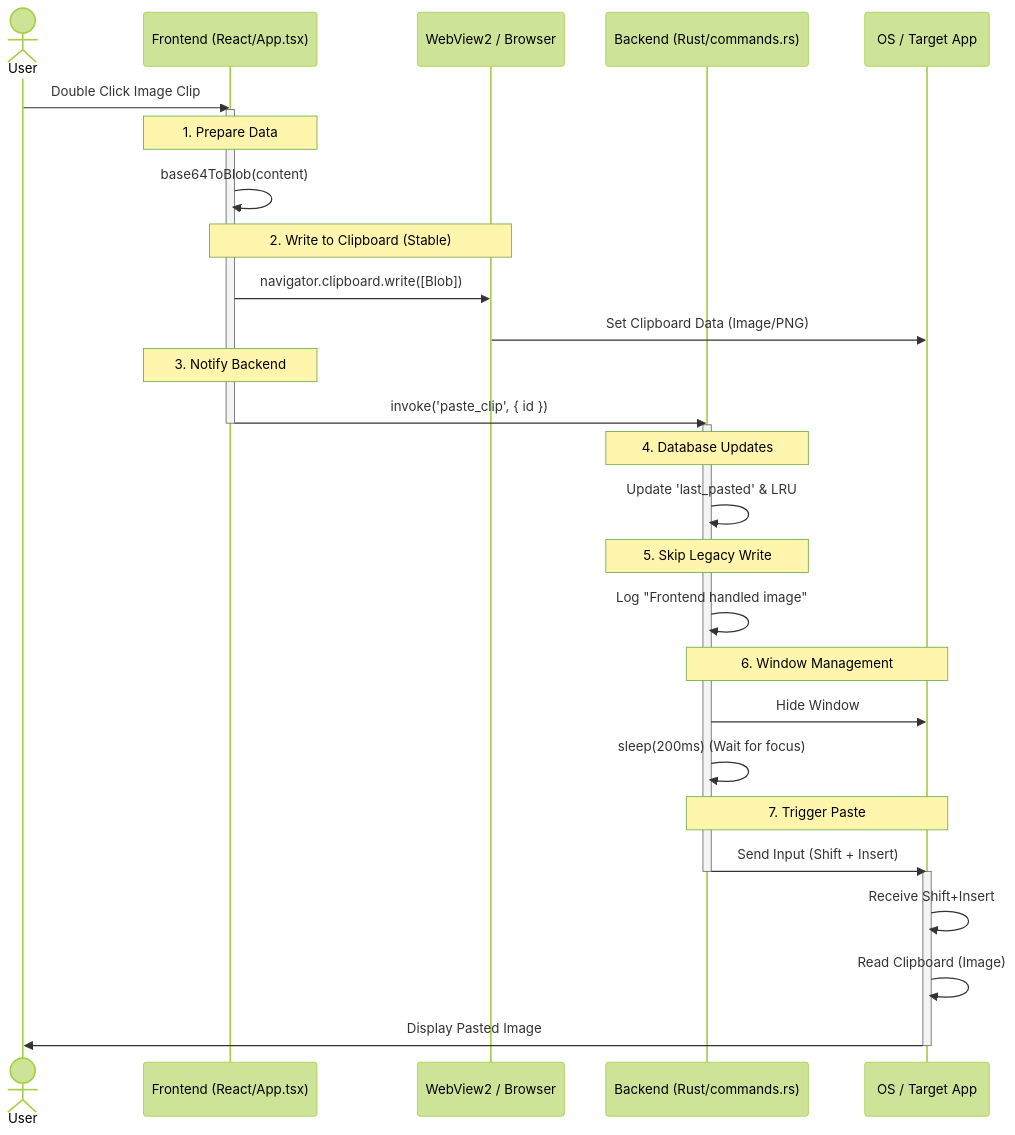
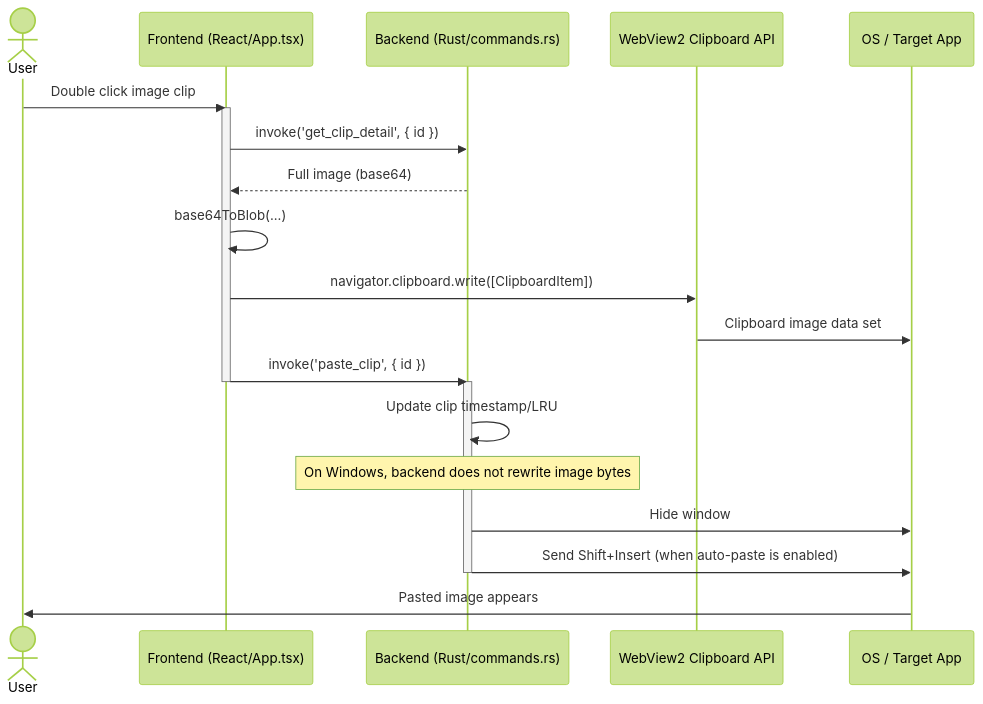
The first of 2 diagrams in README.md (XueshiQiao/WinPaste), drawn with Mermaid (forest theme) before and after one commit. The commit also changed other lines of this file and 5 other files, not shown here.

Commit message:
Update image paste diagrams and bump version to 1.2.5

````diff
--- a/README.md
+++ b/README.md
@@ -229,43 +229,27 @@
 ```mermaid
 sequenceDiagram
     actor User
     participant FE as Frontend (React/App.tsx)
-    participant BROWSER as WebView2 / Browser
     participant BE as Backend (Rust/commands.rs)
+    participant BROWSER as WebView2 Clipboard API
     participant OS as OS / Target App
 
-    User->>FE: Double Click Image Clip
+    User->>FE: Double click image clip
     activate FE
-
-    Note over FE: 1. Prepare Data
-    FE->>FE: base64ToBlob(content)
-
-    Note over FE, BROWSER: 2. Write to Clipboard (Stable)
-    FE->>BROWSER: navigator.clipboard.write([Blob])
-    BROWSER->>OS: Set Clipboard Data (Image/PNG)
-
-    Note over FE: 3. Notify Backend
+    FE->>BE: invoke('get_clip_detail', { id })
+    BE-->>FE: Full image (base64)
+    FE->>FE: base64ToBlob(...)
+    FE->>BROWSER: navigator.clipboard.write([ClipboardItem])
+    BROWSER->>OS: Clipboard image data set
     FE->>BE: invoke('paste_clip', { id })
     deactivate FE
+
     activate BE
-
-    Note over BE: 4. Database Updates
-    BE->>BE: Update 'last_pasted' & LRU
-
-    Note over BE: 5. Skip Legacy Write
-    BE->>BE: Log "Frontend handled image"
-
-    Note over BE, OS: 6. Window Management
-    BE->>OS: Hide Window
-    BE->>BE: sleep(200ms) (Wait for focus)
-
-    Note over BE, OS: 7. Trigger Paste
-    BE->>OS: Send Input (Shift + Insert)
+    BE->>BE: Update clip timestamp/LRU
+    Note over BE: On Windows, backend does not rewrite image bytes
+    BE->>OS: Hide window
+    BE->>OS: Send Shift+Insert (when auto-paste is enabled)
     deactivate BE
 
-    activate OS
-    OS->>OS: Receive Shift+Insert
-    OS->>OS: Read Clipboard (Image)
-    OS->>User: Display Pasted Image
-    deactivate OS
+    OS->>User: Pasted image appears
 ```
````
